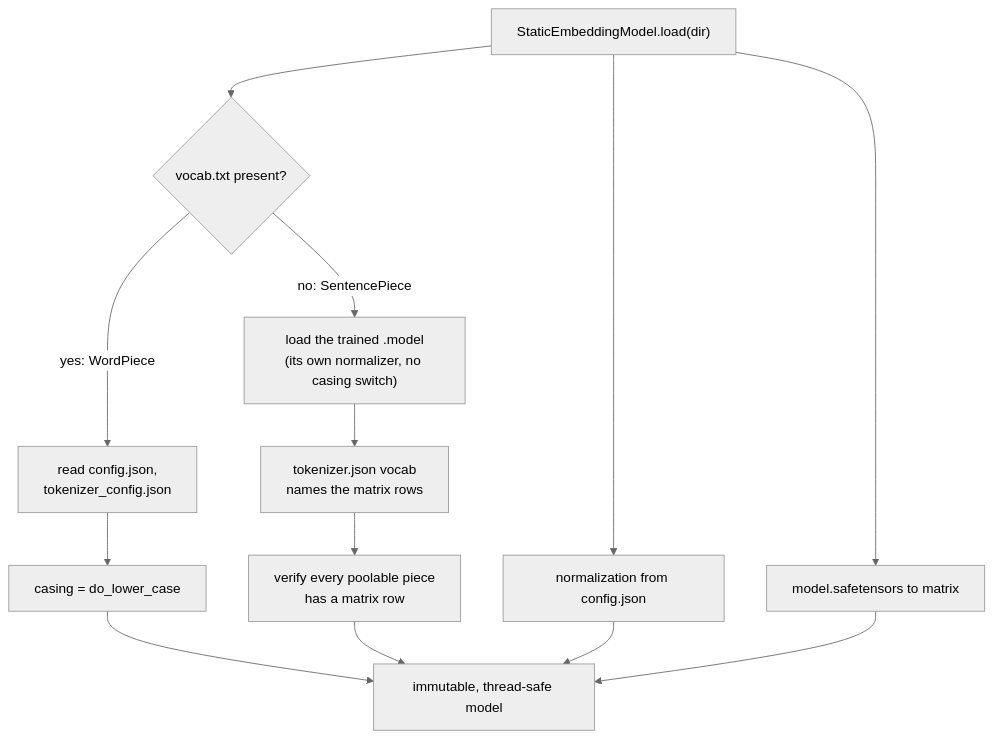
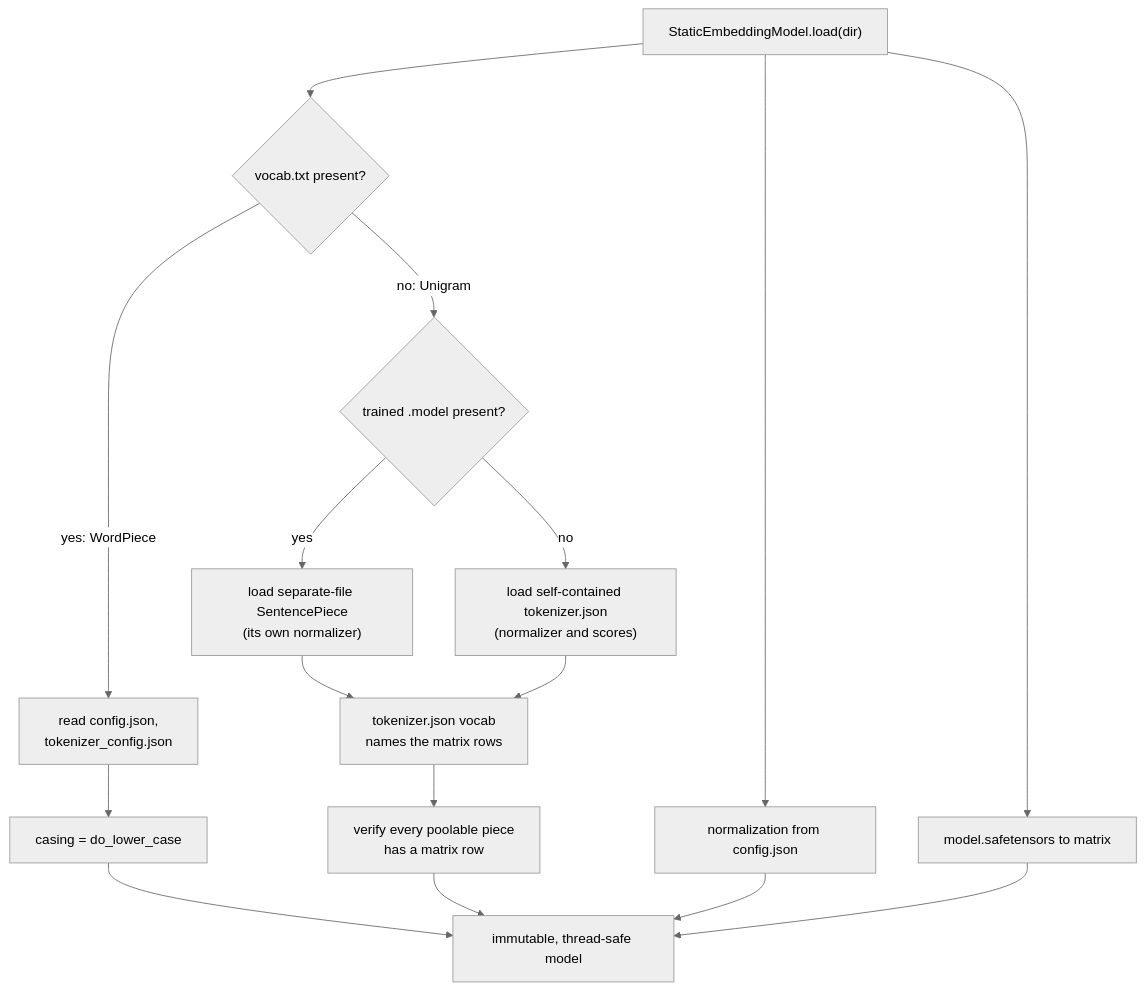
One commit to apache/opennlp changed the second of 3 diagrams in opennlp-extensions/opennlp-embeddings/README.md. Above: the diagram before and after it, drawn with Mermaid (neutral theme). The commit also changed other lines of this file and 63 other files, not shown here.

````diff
--- a/opennlp-extensions/opennlp-embeddings/README.md
+++ b/opennlp-extensions/opennlp-embeddings/README.md
@@ -72,15 +73,18 @@
 ```mermaid
 flowchart TD
   L["StaticEmbeddingModel.load(dir)"] --> DET{"vocab.txt present?"}
   DET -- "yes: WordPiece" --> WCFG["read config.json,<br/>tokenizer_config.json"]
   WCFG --> CAS["casing = do_lower_case"]
-  DET -- "no: SentencePiece" --> SPM["load the trained .model<br/>(its own normalizer, no casing switch)"]
-  SPM --> TJ["tokenizer.json vocab<br/>names the matrix rows"]
+  DET -- "no: Unigram" --> SPM{"trained .model present?"}
+  SPM -- "yes" --> SEP["load separate-file SentencePiece<br/>(its own normalizer)"]
+  SPM -- "no" --> SELF["load self-contained tokenizer.json<br/>(normalizer and scores)"]
+  SEP --> TJ["tokenizer.json vocab<br/>names the matrix rows"]
+  SELF --> TJ
   TJ --> COV["verify every poolable piece<br/>has a matrix row"]
   L --> NRM["normalization from config.json"]
   L --> MAT["model.safetensors to matrix"]
   CAS --> M["immutable, thread-safe model"]
   COV --> M
   NRM --> M
   MAT --> M
 ```
````
